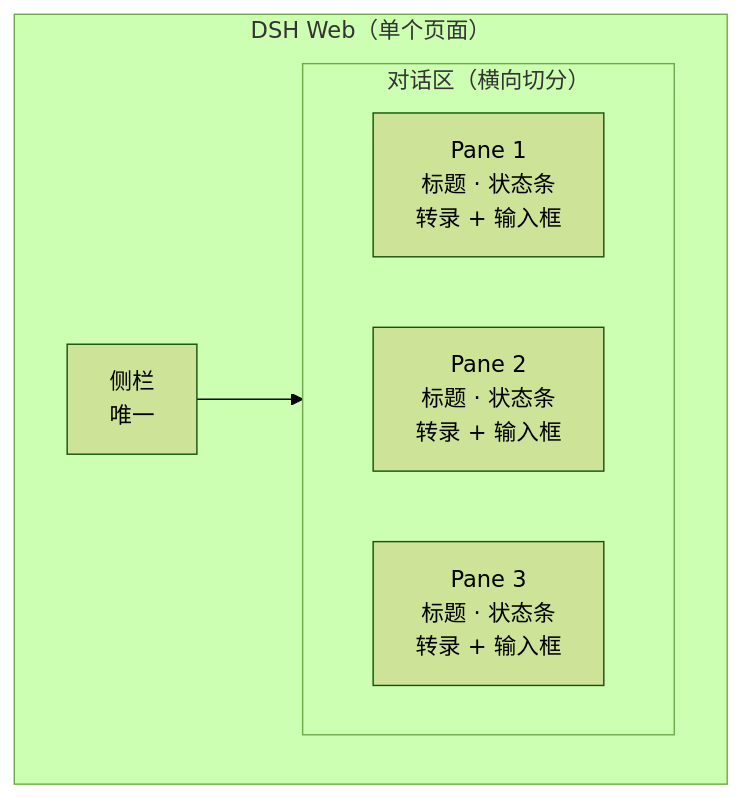
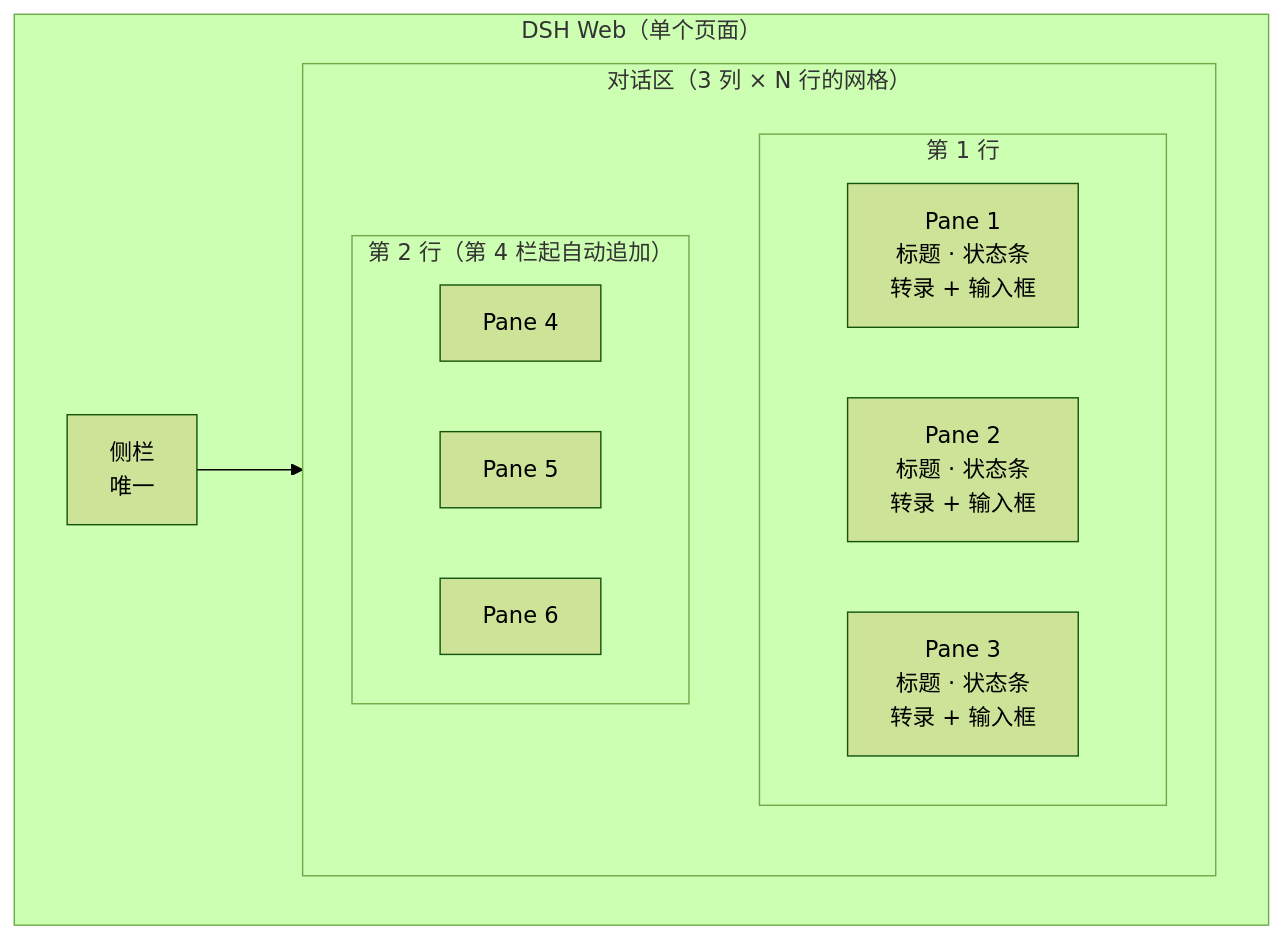
One commit to HZWzzl/dsh-split-panels changed the first of 5 diagrams in README.md. Above: the diagram before and after it, drawn with Mermaid (forest theme). The commit also changed other lines of this file and 3 other files, not shown here.

````diff
--- a/README.md
+++ b/README.md
@@ -13,14 +13,23 @@
 ```mermaid
 flowchart LR
   subgraph WEB["DSH Web（单个页面）"]
     direction LR
     SIDEBAR["侧栏<br/>唯一"]
-    subgraph AREA["对话区（横向切分）"]
-      direction LR
-      P1["Pane 1<br/>标题 · 状态条<br/>转录 + 输入框"]
-      P2["Pane 2<br/>标题 · 状态条<br/>转录 + 输入框"]
-      P3["Pane 3<br/>标题 · 状态条<br/>转录 + 输入框"]
+    subgraph AREA["对话区（3 列 × N 行的网格）"]
+      direction TB
+      subgraph ROW1["第 1 行"]
+        direction LR
+        P1["Pane 1<br/>标题 · 状态条<br/>转录 + 输入框"]
+        P2["Pane 2<br/>标题 · 状态条<br/>转录 + 输入框"]
+        P3["Pane 3<br/>标题 · 状态条<br/>转录 + 输入框"]
+      end
+      subgraph ROW2["第 2 行（第 4 栏起自动追加）"]
+        direction LR
+        P4["Pane 4"]
+        P5["Pane 5"]
+        P6["Pane 6"]
+      end
     end
   end
   SIDEBAR --> AREA
 ```
````
